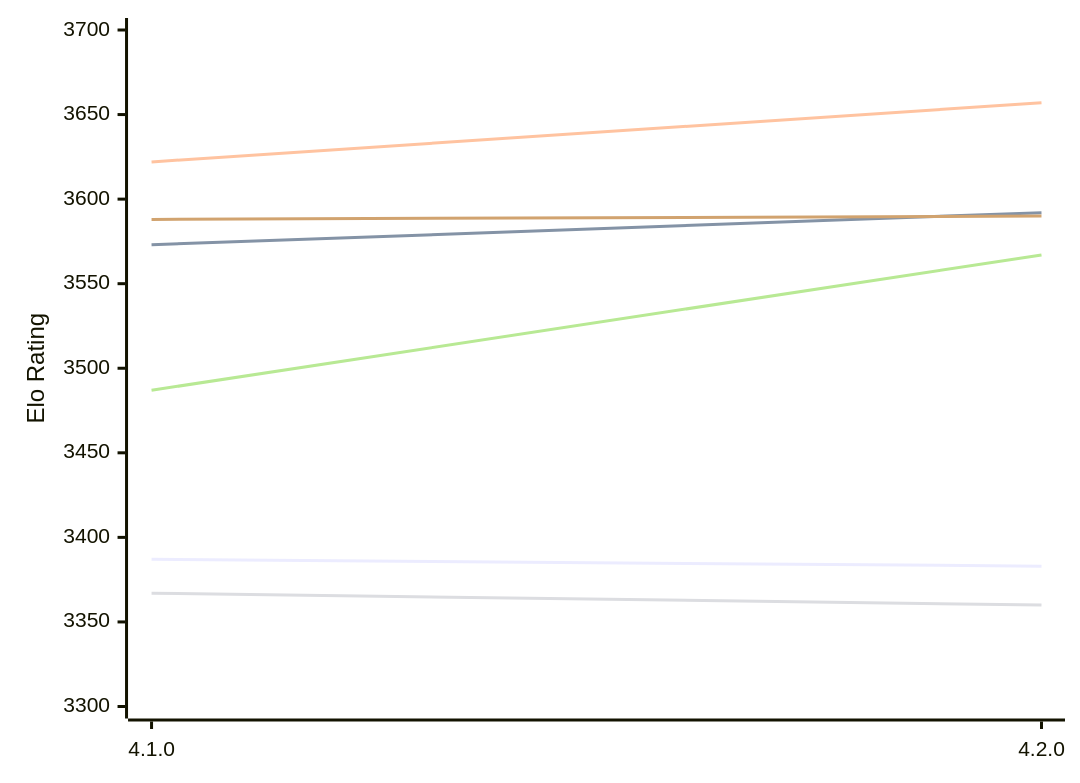
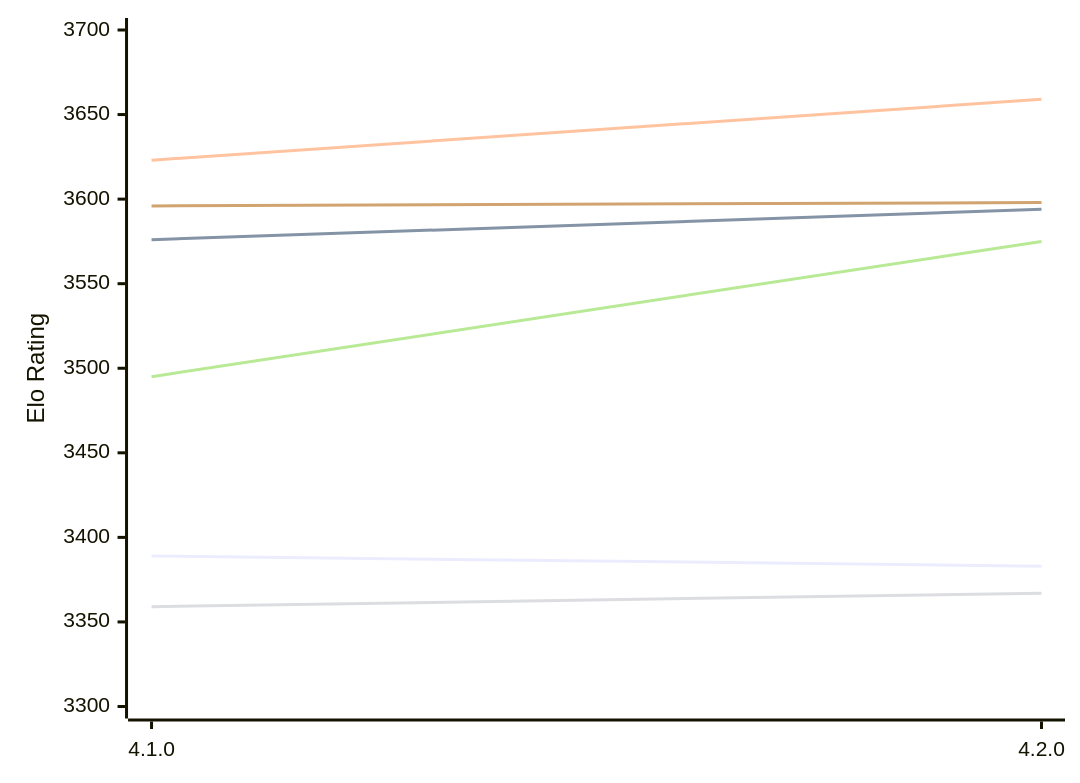
One commit to computer-chess-index/cci changed the first of 2 diagrams in engines/Raphael.md. Above: the diagram before and after it, drawn with Mermaid. The commit also changed other lines of this file, not shown here.

Commit message:
Update CCI Ratings (ELO VLTC) - 2026-11-25

````diff
--- a/engines/Raphael.md
+++ b/engines/Raphael.md
@@ -59,12 +59,12 @@
 ```mermaid
 %%{init: {"theme":"base","themeVariables":{"seriesColors:['#a3a3a3','#222221','#faa371']}}}%%
 xychart-beta
   x-axis ["4.1.0", "4.2.0"]
   y-axis "Elo Rating" 3300 --> 3700
-  line "E1: STC (8.0+0.08s)" [3387, 3383]
-  line "E1: LTC (60.0+0.60s)" [3573, 3592]
-  line "E1: VLTC (2m24s+1.12s)" [3622, 3657]
-  line "P1: STC (8.0+0.08s)" [3367, 3360]
-  line "P1: LTC (60.0+0.60s)" [3487, 3567]
-  line "P1: VLTC (2m24s+1.12s)" [3588, 3590]
+  line "E1: STC (8.0+0.08s)" [3389, 3383]
+  line "E1: LTC (60.0+0.60s)" [3576, 3594]
+  line "E1: VLTC (2m24s+1.12s)" [3623, 3659]
+  line "P1: STC (8.0+0.08s)" [3359, 3367]
+  line "P1: LTC (60.0+0.60s)" [3495, 3575]
+  line "P1: VLTC (2m24s+1.12s)" [3596, 3598]
 ```
````
